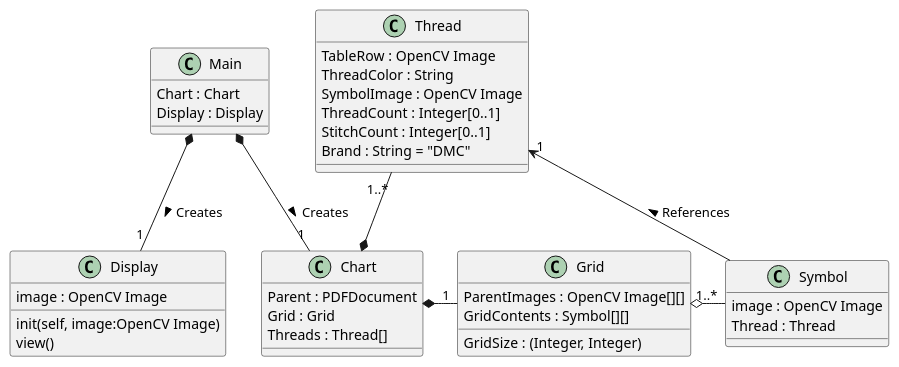
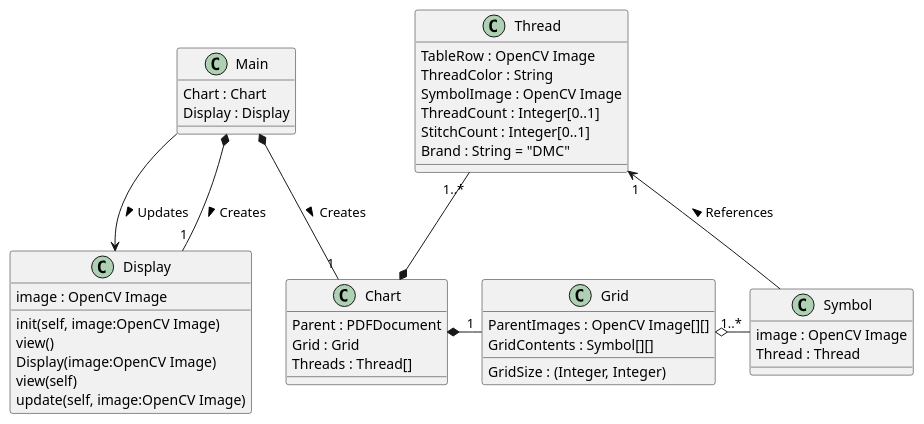
One commit to Badwolf369/PatternSeer changed the diagram in doc/classes.md. Above: the diagram before and after it, drawn with PlantUML.

Commit message:
Update *Display* class in diagram

```diff
--- a/doc/classes.md
+++ b/doc/classes.md
@@ -1,42 +1,46 @@
 @startuml
 class Main {
     Chart : Chart
     Display : Display
 }
 
 class Display {
     image : OpenCV Image
     init(self, image:OpenCV Image)
     view()
+    Display(image:OpenCV Image)
+    view(self)
+    update(self, image:OpenCV Image)
 }
 Display "1" -u-* Main : < Creates
+Display <-u- Main : < Updates
 
 class Chart {
     Parent : PDFDocument
     Grid : Grid
     Threads : Thread[]
 }
 class Grid {
     ParentImages : OpenCV Image[][]
     GridSize : (Integer, Integer)
     GridContents : Symbol[][]
 }
 class Symbol {
     image : OpenCV Image
     Thread : Thread
 }
 class Thread {
     TableRow : OpenCV Image
     ThreadColor : String
     SymbolImage : OpenCV Image
     ThreadCount : Integer[0..1]
     StitchCount : Integer[0..1]
     Brand : String = "DMC"
 }
 
 Chart "1" -u-* Main : < Creates
 Thread "1..*" -d-* Chart
 Thread "1" <-d- Symbol: < References
 Symbol "1..*" -l-o Grid
 Grid "1" -l-* Chart
 @enduml
```
